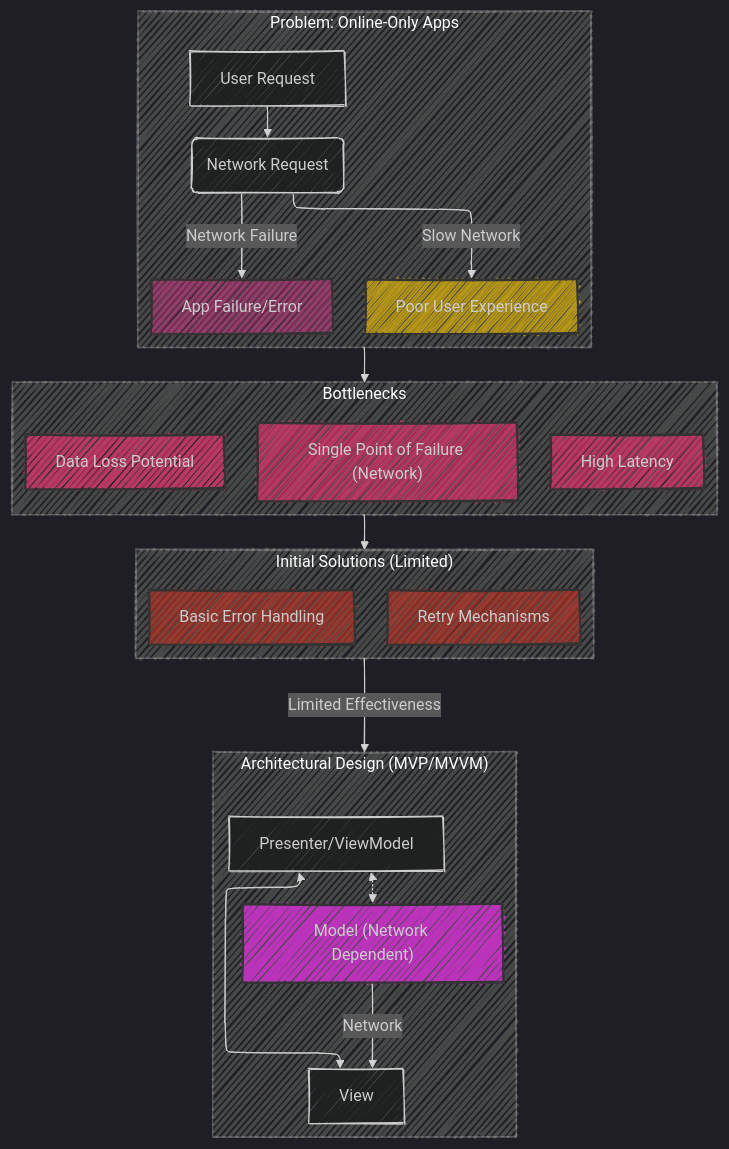
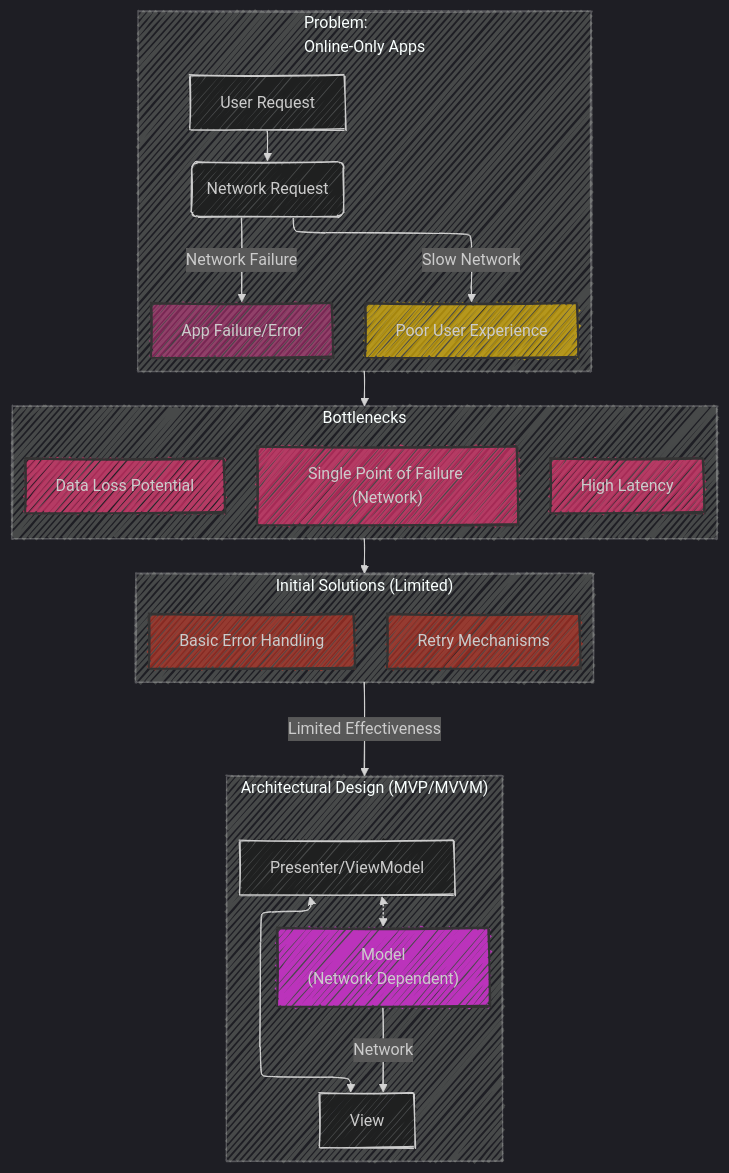
Before and after one commit to CongLeSolutionX/iOS-development-vault: the first of 5 diagrams in Offline_Mobile_App_Architecture /Offline_App_Architecture_Evolution.md, drawn with Mermaid. The commit also changed other lines of this file, not shown here.

````diff
--- a/Offline_Mobile_App_Architecture /Offline_App_Architecture_Evolution.md
+++ b/Offline_Mobile_App_Architecture /Offline_App_Architecture_Evolution.md
@@ -22,47 +22,47 @@
 ```mermaid
 ---
 config:
   layout: elk
   look: handDrawn
   theme: dark
 ---
 flowchart TD
-    subgraph Problem["Problem: Online-Only Apps"]
+    subgraph Problem["Problem:<br>Online-Only Apps"]
         A[User Request] --> B(Network Request);
         B -- "Network Failure" --> C[App Failure/Error];
         B -- "Slow Network" --> D[Poor User Experience];
         style C fill:#f396,stroke:#333,stroke-width:2px
         style D fill:#fc09,stroke:#333,stroke-width:2px
 
     end
 
     subgraph Bottlenecks["Bottlenecks"]
         E["Single Point of Failure (Network)"];
         F[High Latency];
         G[Data Loss Potential];
       style E fill:#f379,stroke:#333,stroke-width:2px
         style F fill:#f379,stroke:#333,stroke-width:2px
         style G fill:#f379,stroke:#333,stroke-width:2px
     end
 
     subgraph Solutions["Initial Solutions (Limited)"]
         H[Basic Error Handling];
         I[Retry Mechanisms];
           style H fill:#c329,stroke:#333,stroke-width:2px
          style I fill:#c329,stroke:#333,stroke-width:2px
     end
 
     subgraph New_Architectural_Design["Architectural Design (MVP/MVVM)"]
-        J["Model (Network Dependent)"];
+        J["Model<br>(Network Dependent)"];
         K[View];
         L[Presenter/ViewModel];
         J --"Network"--> K;
         L <-.-> J;
         L <--> K;
         style J fill:#b3bf,stroke:#333,stroke-width:2px
     end
 
     Problem --> Bottlenecks;
     Bottlenecks --> Solutions;
     Solutions -- "Limited Effectiveness" --> New_Architectural_Design;
 ```
````
